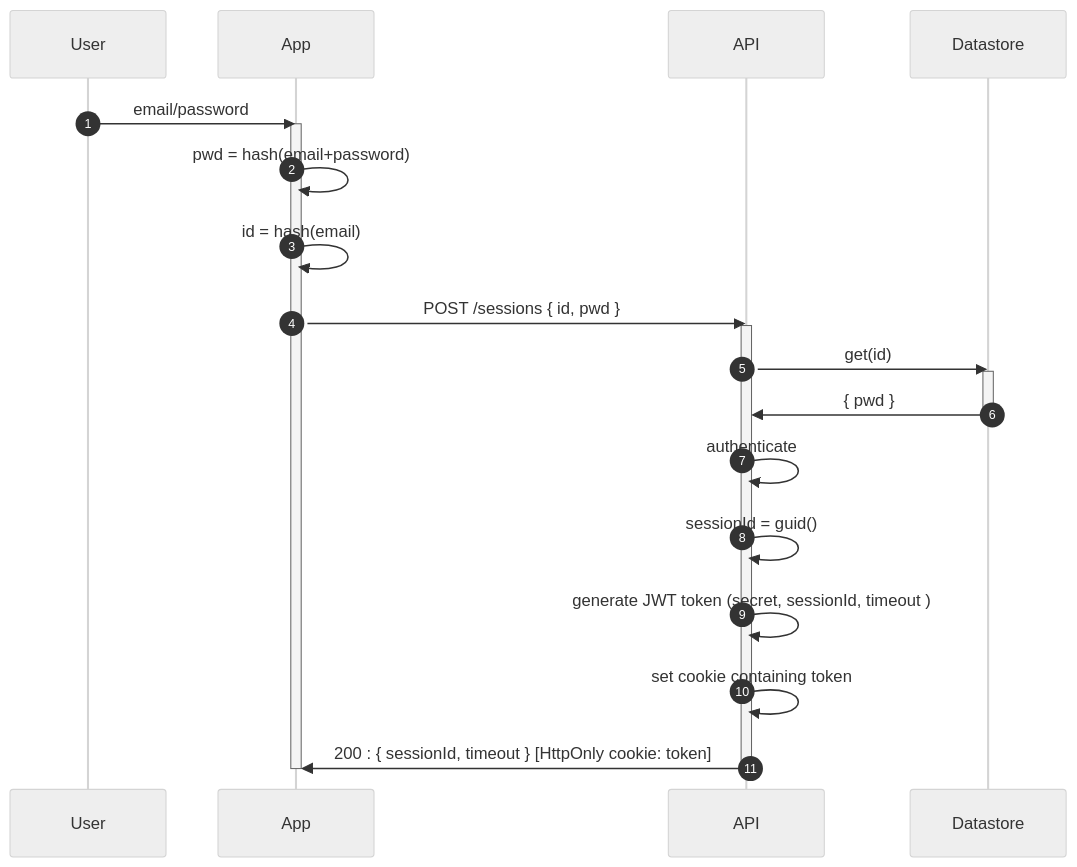
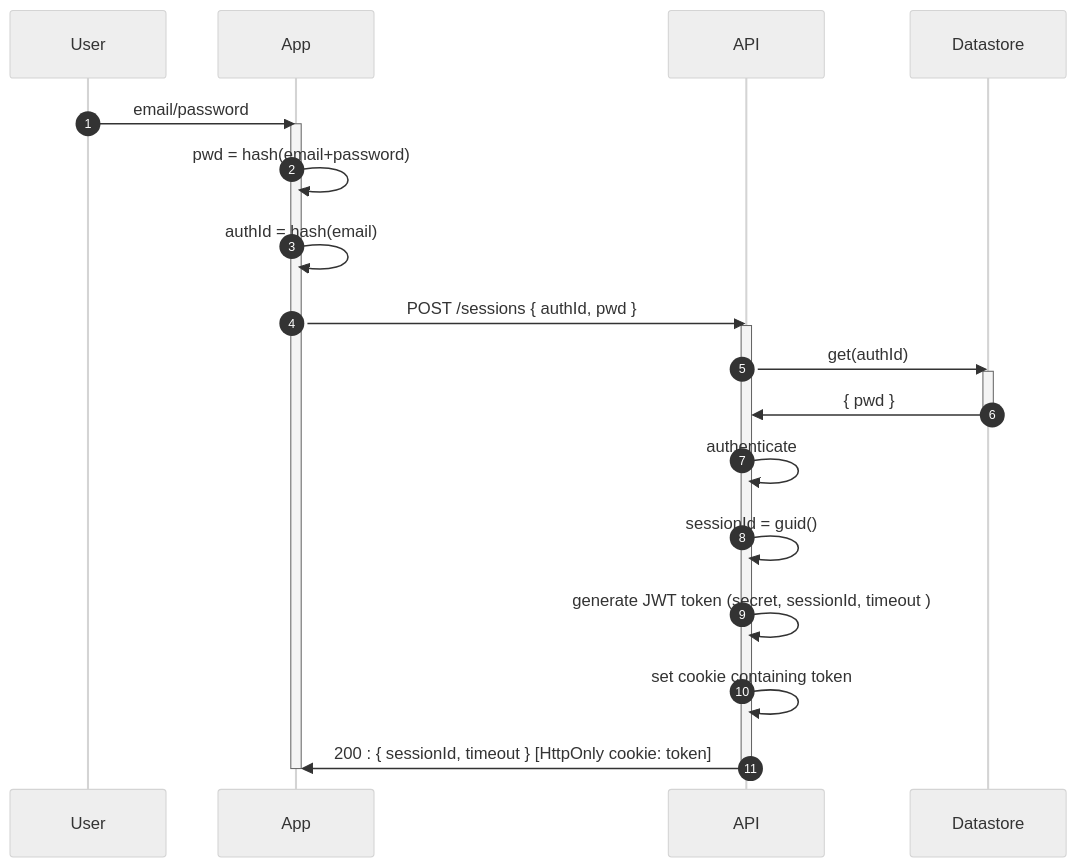
Before and after one commit to numical/my-finances: the second of 3 diagrams in docs/stateless-server-sequence-diagrams.md, drawn with Mermaid (neutral theme). The commit also changed other lines of this file and 45 other files, not shown here.

````diff
--- a/docs/stateless-server-sequence-diagrams.md
+++ b/docs/stateless-server-sequence-diagrams.md
@@ -38,21 +38,21 @@
 ```mermaid
 sequenceDiagram
   autonumber
   User->>App: email/password
   activate App
   App->>App: pwd = hash(email+password)
-  App->>App: id = hash(email)
-  App->>API: POST /sessions { id, pwd }
+  App->>App: authId = hash(email)
+  App->>API: POST /sessions { authId, pwd }
   activate API
-  API->>Datastore: get(id)
+  API->>Datastore: get(authId)
   activate Datastore
   Datastore->>API: { pwd }
   deactivate Datastore
   API->>API: authenticate
   API->>API: sessionId = guid()
   API->>API: generate JWT token (secret, sessionId, timeout ) 
   API->>API: set cookie containing token
   API->>App: 200 : { sessionId, timeout } [HttpOnly cookie: token]
   deactivate API
   deactivate App
 ```
````
